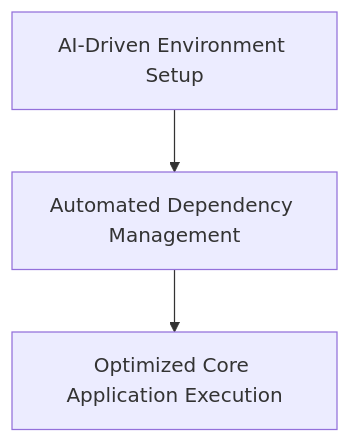
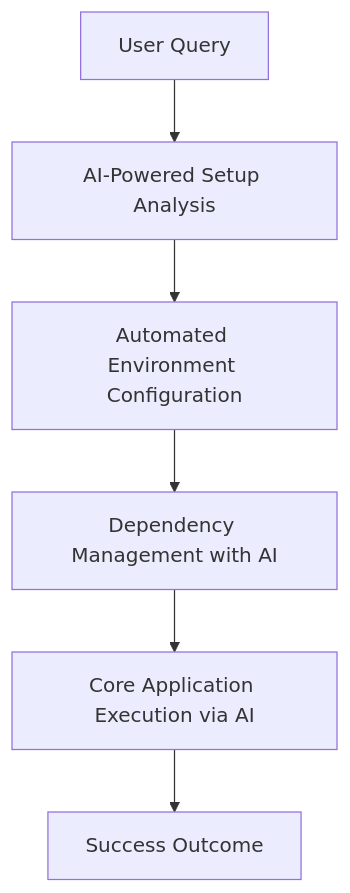
One commit to Interstellar-code/taskheroai changed the diagram in theherotasks/project-analysis/about.md. Above: the diagram before and after it, drawn with Mermaid. The commit also changed other lines of this file and 22 other files, not shown here.

````diff
--- a/theherotasks/project-analysis/about.md
+++ b/theherotasks/project-analysis/about.md
@@ -42,5 +43,8 @@
 ```mermaid
 graph TD
- A[AI-Driven Environment Setup] --> B[Automated Dependency Management]
- B --> C[Optimized Core Application Execution]
+ A[User Query] --> B[AI-Powered Setup Analysis]
+ B --> C[Automated Environment Configuration]
+ C --> D[Dependency Management with AI]
+ D --> E[Core Application Execution via AI]
+ E --> G[Success Outcome]
 ```
````
